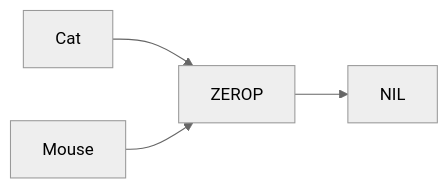
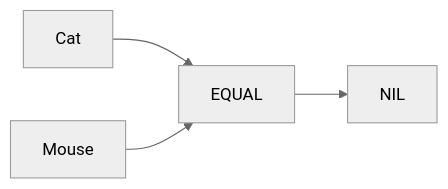
The diagram in docs/devcommonlisplab/functions-and-data.md (bahyway/DevCommonLispLAB), drawn with Mermaid (neutral theme) before and after one commit.

Commit message:
GITBOOK-7: change request with no subject merged in GitBook

````diff
--- a/docs/devcommonlisplab/functions-and-data.md
+++ b/docs/devcommonlisplab/functions-and-data.md
@@ -45,8 +45,8 @@
 ```mermaid
 
 flowchart LR
-Cat --> ZEROP 
-Mouse --> ZEROP
-ZEROP --> NIL
+Cat --> EQUAL
+Mouse --> EQUAL
+EQUAL --> NIL
 
 ```
````
